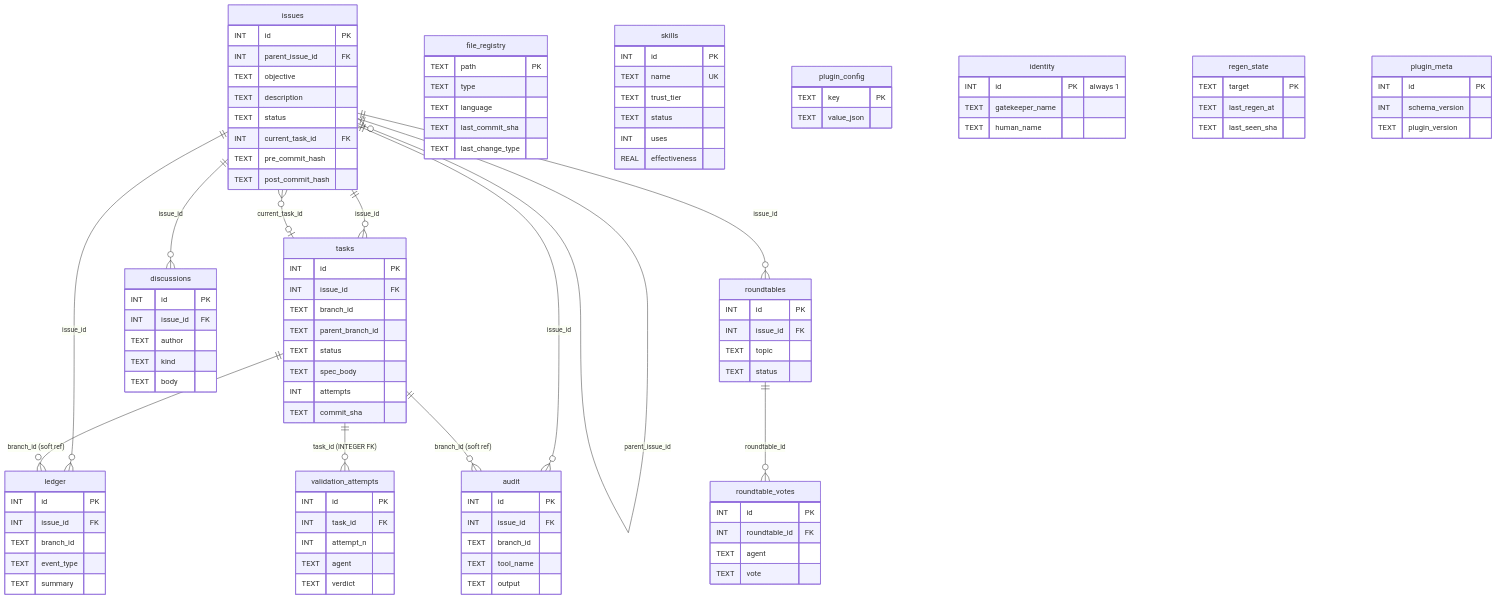
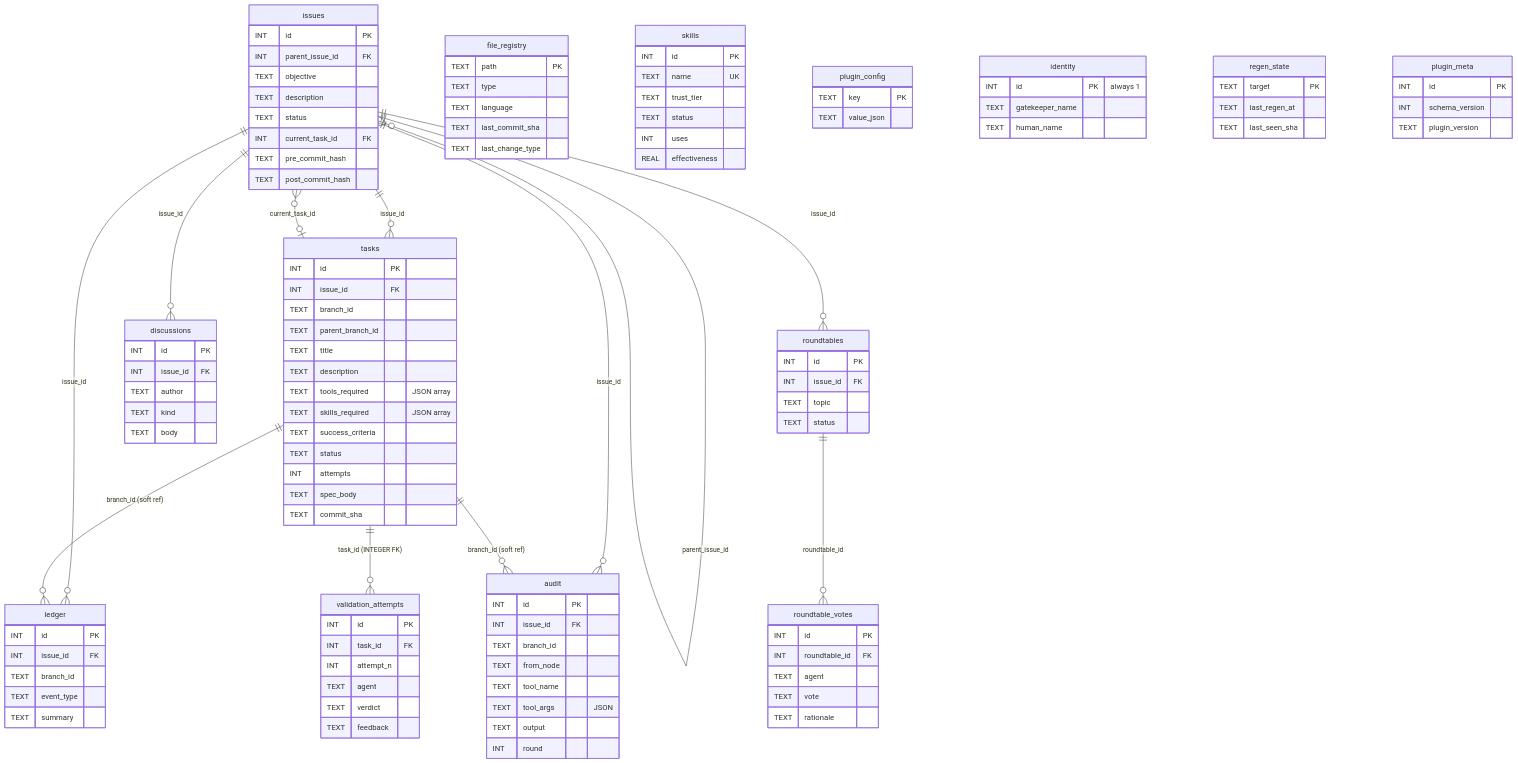
One commit to trustmybot/plugin changed the diagram in docs/architecture/ERD.md. Above: the diagram before and after it, drawn with Mermaid. The commit also changed other lines of this file, not shown here.

Commit message:
📝 docs(ERD): add agent-facing write columns; fix pr-reviewer tool-call description
The abbreviated Mermaid per-table blocks were missing columns that
agents actually write to, which would mislead anyone citing the ERD
to find out how to populate a row.

Added to the diagram
- tasks: title, description, tools_required, skills_required,
  success_criteria — all required by task_create_batch
- validation_attempts: feedback — the main payload pr-reviewer writes
- audit: from_node, tool_args, round — the inputs that define an
  audit row (not just tool_name + output)
- roundtable_votes: rationale — the reasoning behind each vote

Fixed
- "How agents use this" → pr-reviewer row cited a non-existent
  task_list(issue_id, status=...) tool. Real tool surface in
  tools/tasks.ts is: task_create_batch, task_get, task_update_status,
  task_first_actionable. Rewrote to describe the actual flow:
  task_get(task_id) for spec inspection → validation_record for
  sign-off.

No behavior change — documentation accuracy only.

````diff
--- a/docs/architecture/ERD.md
+++ b/docs/architecture/ERD.md
@@ -85,9 +85,14 @@
         INT  issue_id FK
         TEXT branch_id
         TEXT parent_branch_id
+        TEXT title
+        TEXT description
+        TEXT tools_required "JSON array"
+        TEXT skills_required "JSON array"
+        TEXT success_criteria
         TEXT status
+        INT  attempts
         TEXT spec_body
-        INT  attempts
         TEXT commit_sha
     }
 
@@ -97,6 +102,7 @@
         INT  attempt_n
         TEXT agent
         TEXT verdict
+        TEXT feedback
     }
 
     ledger {
@@ -111,8 +117,11 @@
         INT  id PK
         INT  issue_id FK
         TEXT branch_id
+        TEXT from_node
         TEXT tool_name
+        TEXT tool_args "JSON"
         TEXT output
+        INT  round
     }
 
     discussions {
@@ -135,5 +144,6 @@
         INT  roundtable_id FK
         TEXT agent
         TEXT vote
+        TEXT rationale
     }
 ```
````
